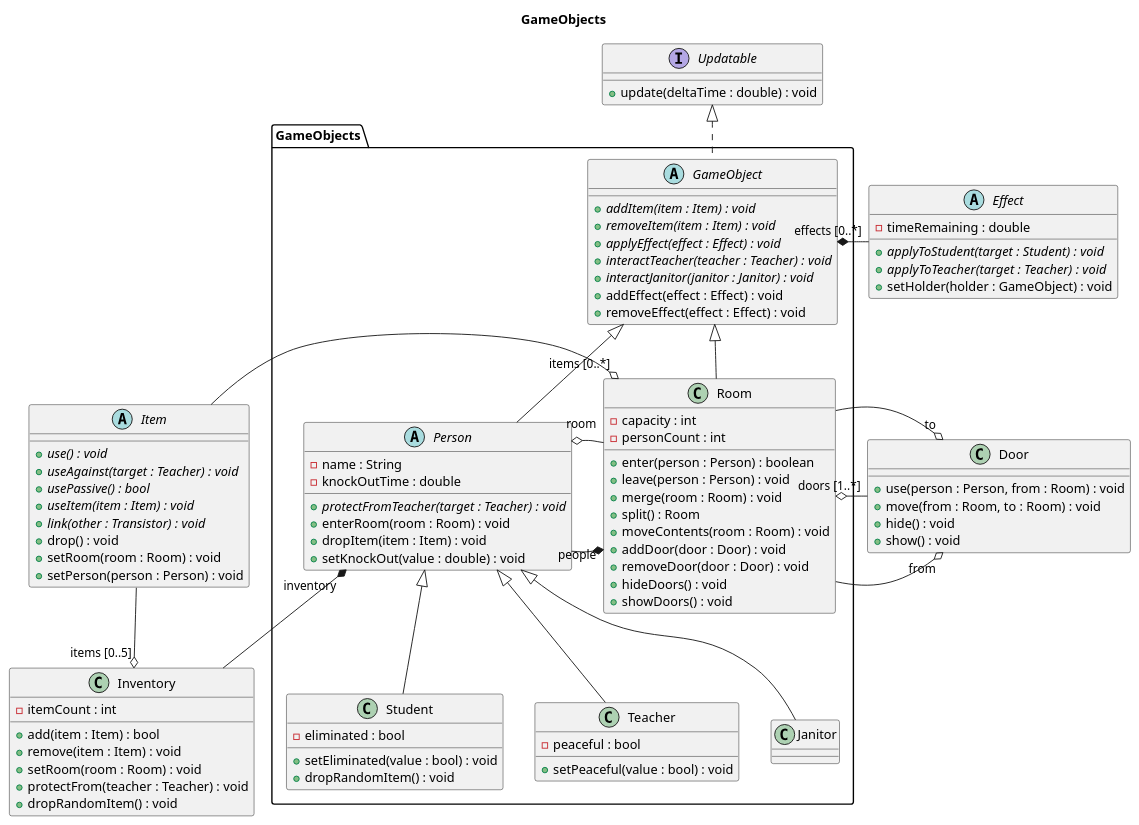
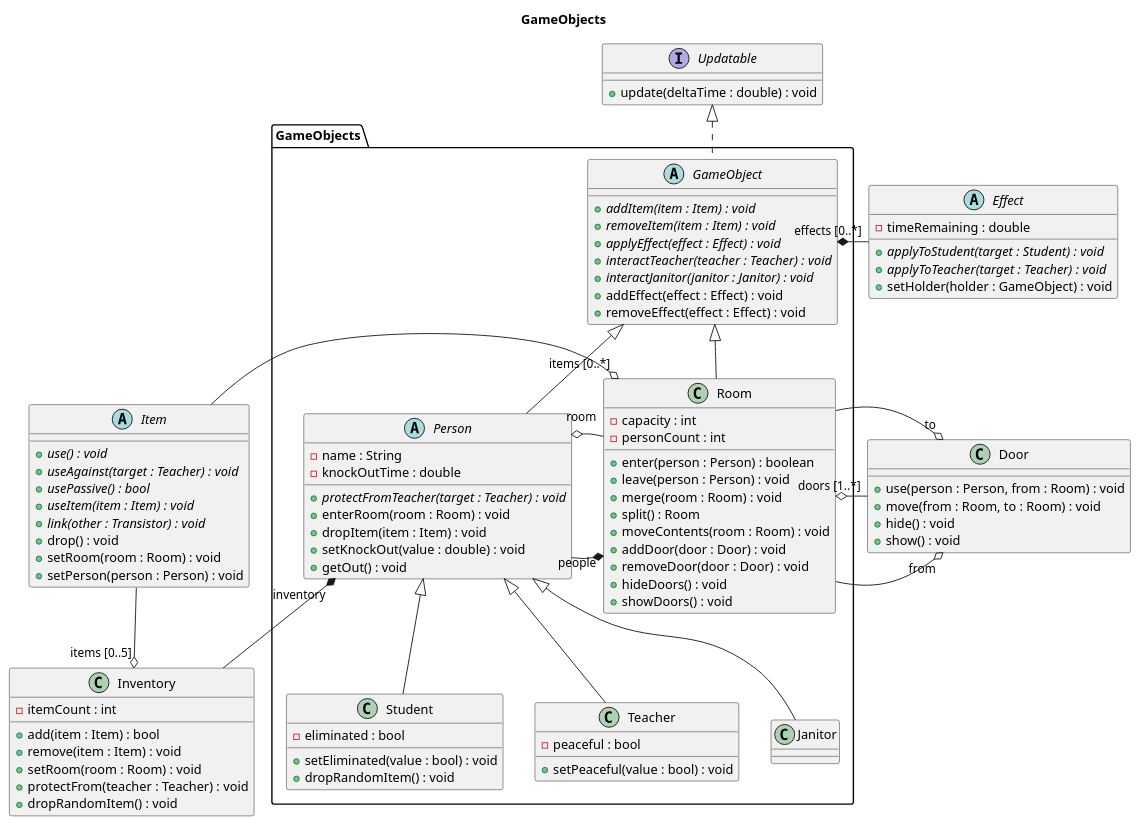
Before and after one commit to sn4k3ch4rm3r/logarlec: the diagram in docs/diagrams/class/game-objects.puml, drawn with PlantUML. The commit also changed 3 other files, not shown here.

Commit message:
Added methods to class diagram

```diff
--- a/docs/diagrams/class/game-objects.puml
+++ b/docs/diagrams/class/game-objects.puml
@@ -1,109 +1,110 @@
 @startuml game-objects
 
 title GameObjects
 
 package GameObjects {
 	abstract GameObject {
 		+ {abstract} addItem(item : Item) : void
 		+ {abstract} removeItem(item : Item) : void
 		+ {abstract} applyEffect(effect : Effect) : void
 		+ {abstract} interactTeacher(teacher : Teacher) : void
 		+ {abstract} interactJanitor(janitor : Janitor) : void
 		+ addEffect(effect : Effect) : void
 		+ removeEffect(effect : Effect) : void
 	}
 
 	abstract Person {
 		- name : String
 		- knockOutTime : double
 		+ {abstract} protectFromTeacher(target : Teacher) : void
 		+ enterRoom(room : Room) : void
 		+ dropItem(item : Item) : void
 		+ setKnockOut(value : double) : void
+		+ getOut() : void
 	}
 
 	class Student {
 		- eliminated : bool
 		+ setEliminated(value : bool) : void
 		+ dropRandomItem() : void
 	}
 	class Teacher {
 		- peaceful : bool
 		+ setPeaceful(value : bool) : void
 	}
 
 	class Janitor
 
 	class Room {
 		- capacity : int
 		- personCount : int
 		+ enter(person : Person) : boolean
 		+ leave(person : Person) : void
 		+ merge(room : Room) : void
 		+ split() : Room
 		+ moveContents(room : Room) : void
 		+ addDoor(door : Door) : void
 		+ removeDoor(door : Door) : void 
 		+ hideDoors() : void
 		+ showDoors() : void
 	}
 	
 }
 
 interface Updatable {
 	+ update(deltaTime : double) : void
 }
 
 class Door {
 	+ use(person : Person, from : Room) : void
 	+ move(from : Room, to : Room) : void
 	+ hide() : void
 	+ show() : void
 }
 
 class Inventory {
 	- itemCount : int
 	+ add(item : Item) : bool
 	+ remove(item : Item) : void
 	+ setRoom(room : Room) : void
 	+ protectFrom(teacher : Teacher) : void
 	+ dropRandomItem() : void
 }
 
 abstract Effect {
 	- timeRemaining : double
 	+ {abstract} applyToStudent(target : Student) : void
 	+ {abstract} applyToTeacher(target : Teacher) : void
 	+ setHolder(holder : GameObject) : void
 }
 
 abstract Item {
 	+ {abstract} use() : void
 	+ {abstract} useAgainst(target : Teacher) : void
 	+ {abstract} usePassive() : bool
 	+ {abstract} useItem(item : Item) : void
 	+ {abstract} link(other : Transistor) : void
 	+ drop() : void
 	+ setRoom(room : Room) : void
 	+ setPerson(person : Person) : void	
 }
 
 Updatable <|.- GameObject
 GameObject <|-- Person
 GameObject <|-- Room
 Person <|-- Teacher
 Person <|-- Student
 Person <|-- Janitor
 
 Room "people" *-left- Person
 Person "room" o-right- Room
 Room "doors [1..*]" o-- Door
 Person "inventory" *-- Inventory
 Room "items [0..*]" o- Item
 GameObject "effects [0..*]" *-left- Effect
 
 Door "from" o- Room
 Door "to" o- Room
 Inventory "items [0..5]" o-up- Item
 
 @enduml
```
